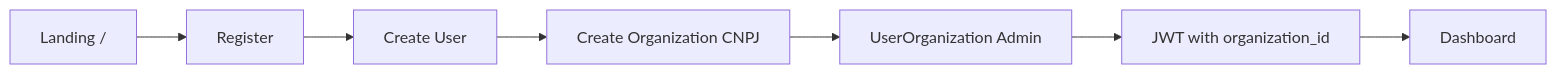
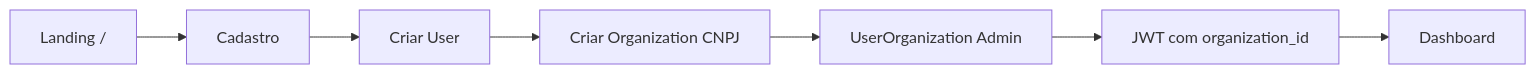
The first of 6 diagrams in pulse8-frontend/PRODUCT_STRATEGY_ANALYSIS.md (alexandredebritojr/Pulse8Front), drawn with Mermaid before and after one commit. The commit also changed other lines of this file, not shown here.

````diff
--- a/pulse8-frontend/PRODUCT_STRATEGY_ANALYSIS.md
+++ b/pulse8-frontend/PRODUCT_STRATEGY_ANALYSIS.md
@@ -272,9 +272,9 @@
 ```mermaid
 flowchart LR
-  A[Landing /] --> B[Register]
-  B --> C[Create User]
-  C --> D[Create Organization CNPJ]
+  A[Landing /] --> B[Cadastro]
+  B --> C[Criar User]
+  C --> D[Criar Organization CNPJ]
   D --> E[UserOrganization Admin]
-  E --> F[JWT with organization_id]
+  E --> F[JWT com organization_id]
   F --> G[Dashboard]
 ```
````
